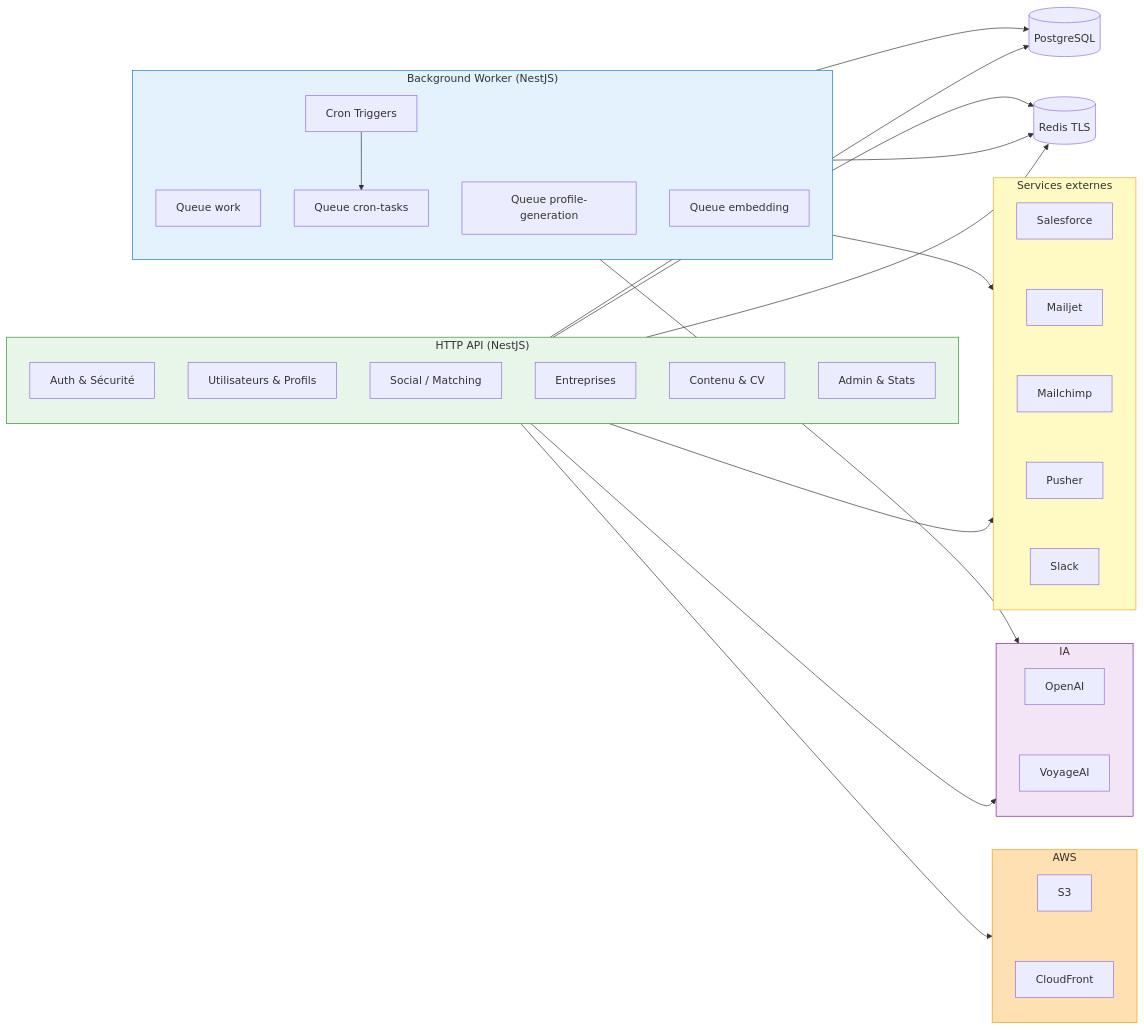
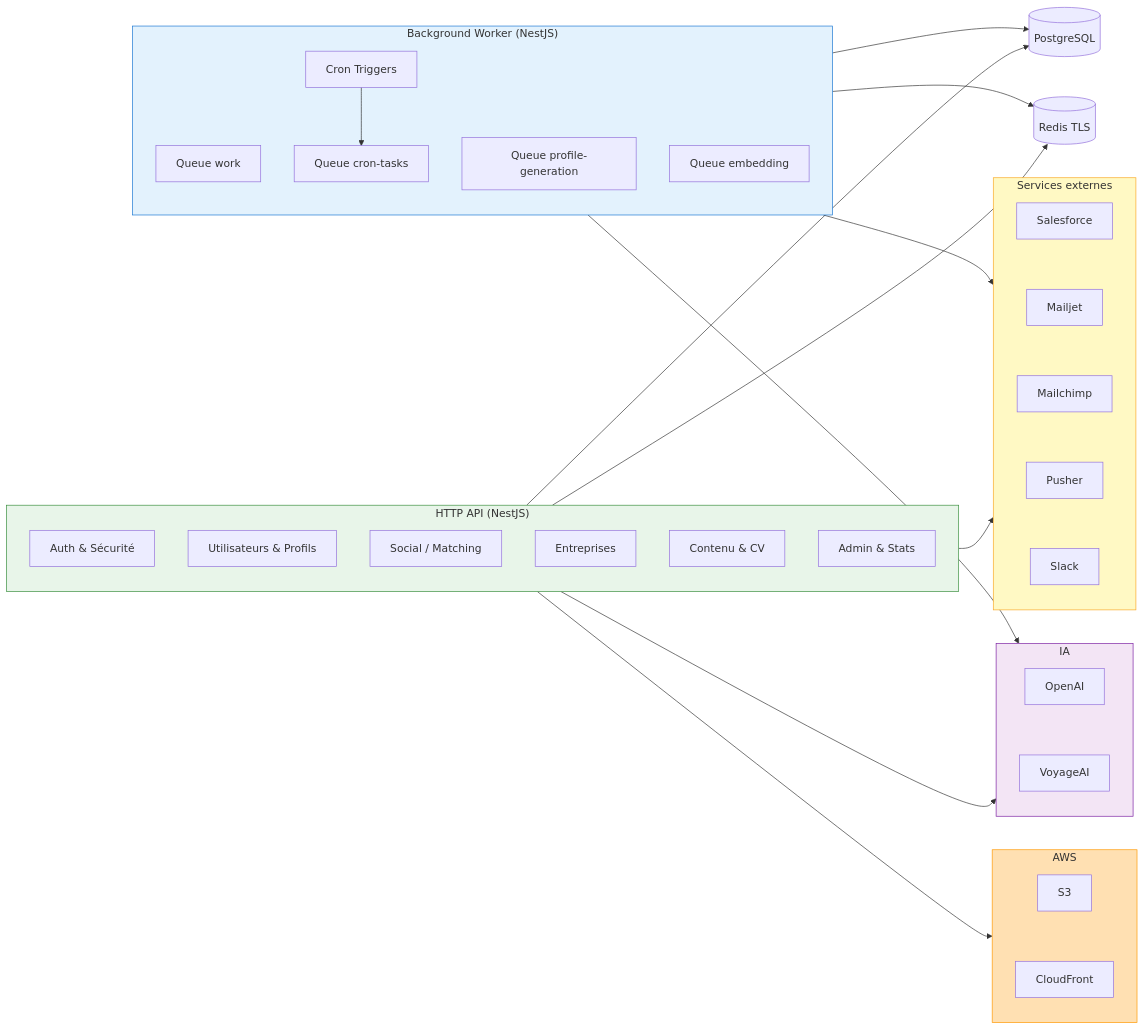
The first of 2 diagrams in TECH_ARCH.md (ReseauEntourage/entourage-job-back), drawn with Mermaid before and after one commit.

Commit message:
Potential fix for pull request finding

````diff
--- a/TECH_ARCH.md
+++ b/TECH_ARCH.md
@@ -9,54 +9,53 @@
 ```mermaid
 graph LR
     subgraph API["HTTP API (NestJS)"]
         direction TB
         AUTH["Auth & Sécurité"]
         USERS["Utilisateurs & Profils"]
         SOCIAL["Social / Matching"]
         COMPANIES["Entreprises"]
         CONTENT["Contenu & CV"]
         ADMIN["Admin & Stats"]
     end
 
     subgraph Worker["Background Worker (NestJS)"]
         direction TB
         WORK_Q["Queue work"]
         PROFGEN_Q["Queue profile-generation"]
         EMBED_Q["Queue embedding"]
         CRON_Q["Queue cron-tasks"]
         CRON_T["Cron Triggers"]
     end
 
     subgraph AWS["AWS"]
         S3 ~~~ CloudFront
     end
 
     subgraph AI["IA"]
         OpenAI ~~~ VoyageAI
     end
 
     subgraph Externes["Services externes"]
         Salesforce ~~~ Mailjet ~~~ Mailchimp ~~~ Pusher ~~~ Slack
     end
 
     DB[(PostgreSQL)]
     REDIS[(Redis TLS)]
 
     API --> DB
     API --> REDIS
     Worker --> DB
     Worker --> REDIS
-    API --> REDIS
     API --> AWS
     API --> AI
     API --> Externes
     Worker --> Externes
     Worker --> AI
     CRON_T --> CRON_Q
 
     style API fill:#E8F5E9,stroke:#388E3C
     style Worker fill:#E3F2FD,stroke:#1976D2
     style AWS fill:#FFE0B2,stroke:#FF9900
     style AI fill:#F3E5F5,stroke:#7B1FA2
     style Externes fill:#FFF9C4,stroke:#F9A825
 ```
````
